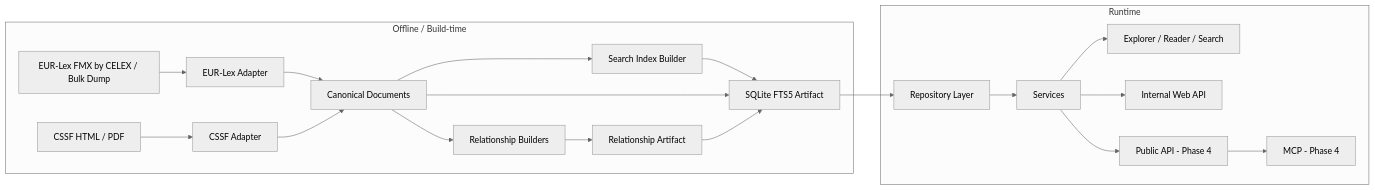
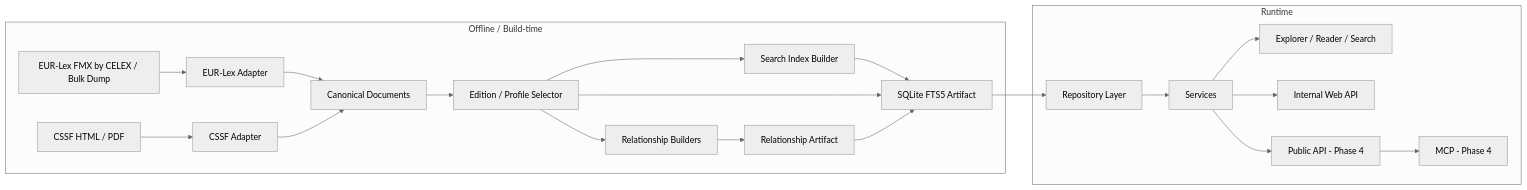
Before and after one commit to liyouqi/regulatory-knowledge-platform: the first of 2 diagrams in docs/regulatory_knowledge_platform_technical_architecture.md, drawn with Mermaid (neutral theme). The commit also changed other lines of this file and 4 other files, not shown here.

````diff
--- a/docs/regulatory_knowledge_platform_technical_architecture.md
+++ b/docs/regulatory_knowledge_platform_technical_architecture.md
@@ -80,24 +83,25 @@
 ```mermaid
 flowchart LR
     subgraph BUILD[Offline / Build-time]
         A[EUR-Lex FMX by CELEX / Bulk Dump] --> B[EUR-Lex Adapter]
         C[CSSF HTML / PDF] --> D[CSSF Adapter]
         B --> E[Canonical Documents]
         D --> E
-        E --> F[Relationship Builders]
-        E --> G[Search Index Builder]
+        E --> P[Edition / Profile Selector]
+        P --> F[Relationship Builders]
+        P --> G[Search Index Builder]
         F --> H[Relationship Artifact]
         G --> I[SQLite FTS5 Artifact]
-        E --> I
+        P --> I
         H --> I
     end
 
     subgraph RUN[Runtime]
         I --> R[Repository Layer]
         R --> S[Services]
         S --> W[Explorer / Reader / Search]
         S --> API[Internal Web API]
         S --> PUBLIC[Public API - Phase 4]
         PUBLIC --> MCP[MCP - Phase 4]
     end
 ```
````
